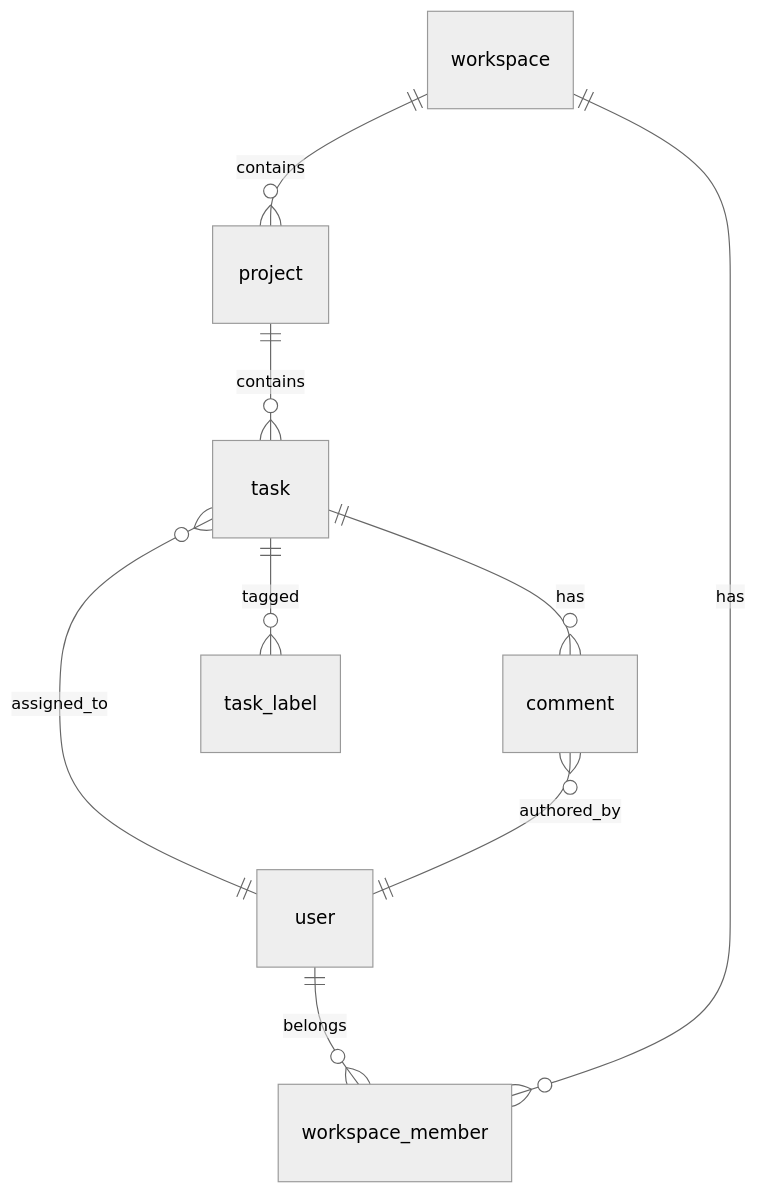
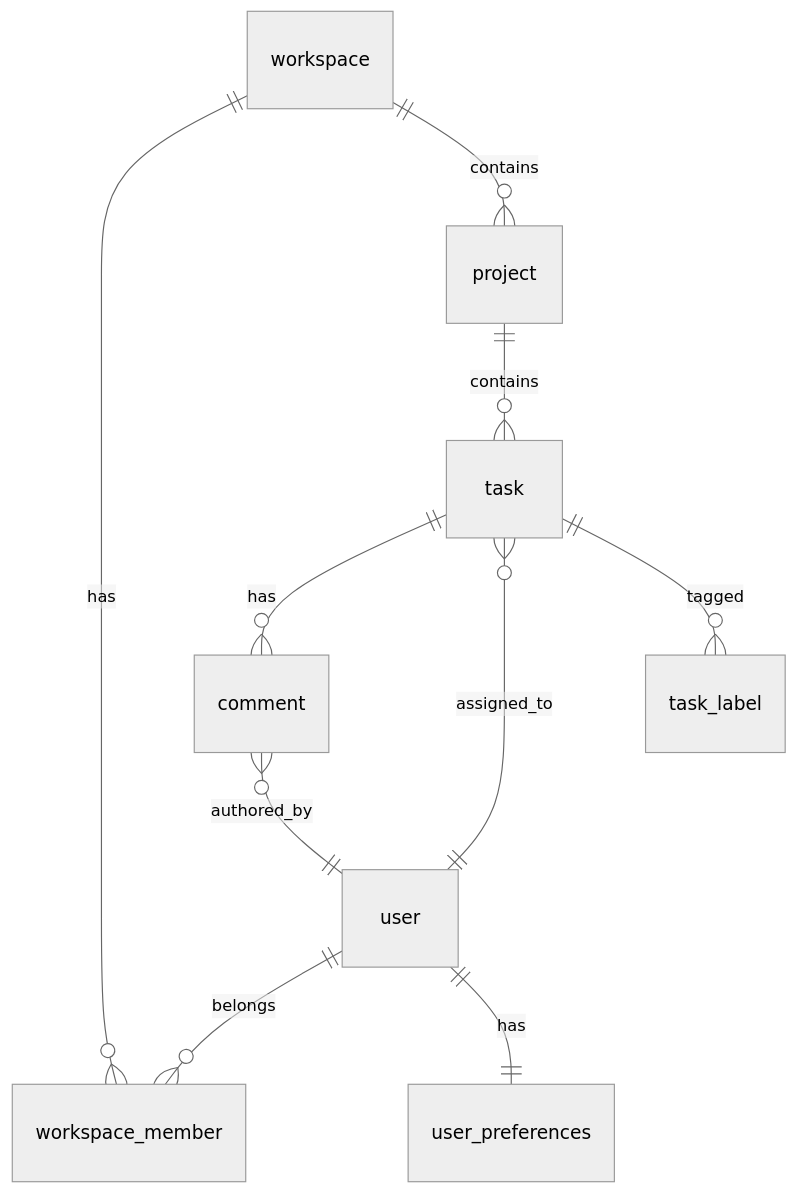
One commit to leosssvip-dot/website-replication-skill changed the third of 4 diagrams in examples/sample-audit.md. Above: the diagram before and after it, drawn with Mermaid (neutral theme). The commit also changed other lines of this file and 13 other files, not shown here.

````diff
--- a/examples/sample-audit.md
+++ b/examples/sample-audit.md
@@ -168,11 +249,12 @@
 ```mermaid
 erDiagram
   user ||--o{ workspace_member : belongs
   workspace ||--o{ workspace_member : has
   workspace ||--o{ project : contains
   project ||--o{ task : contains
   task ||--o{ comment : has
   task }o--|| user : assigned_to
   comment }o--|| user : authored_by
   task ||--o{ task_label : tagged
+  user ||--|| user_preferences : has
 ```
````
